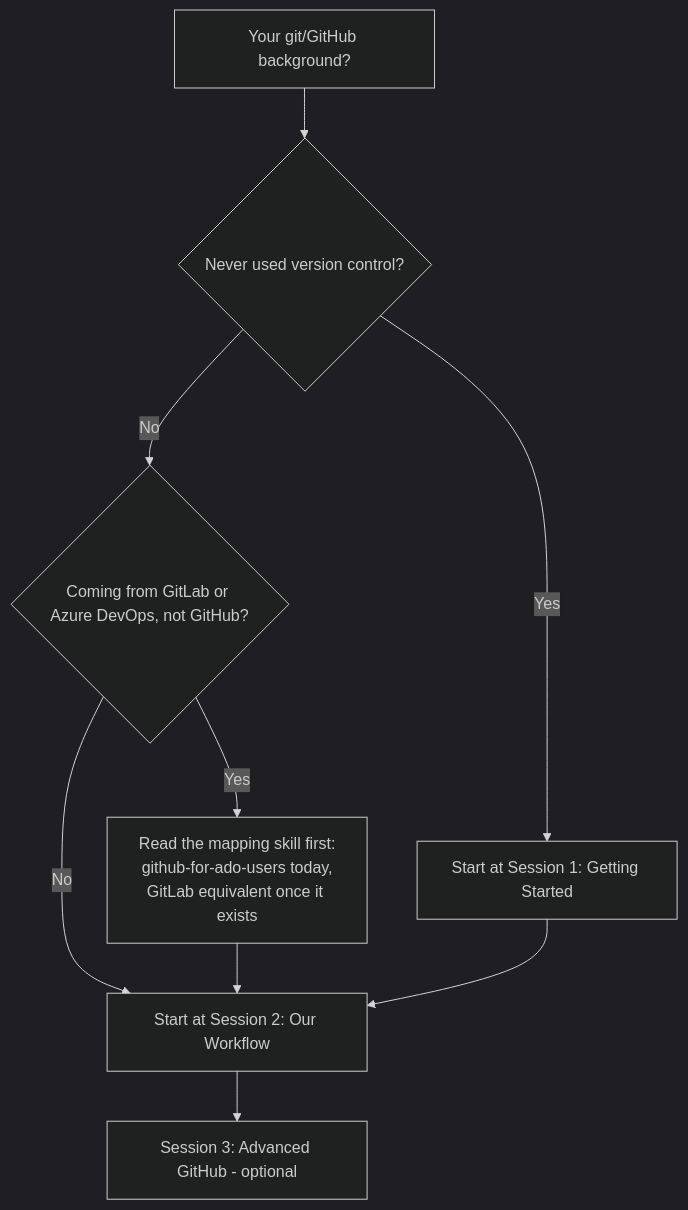
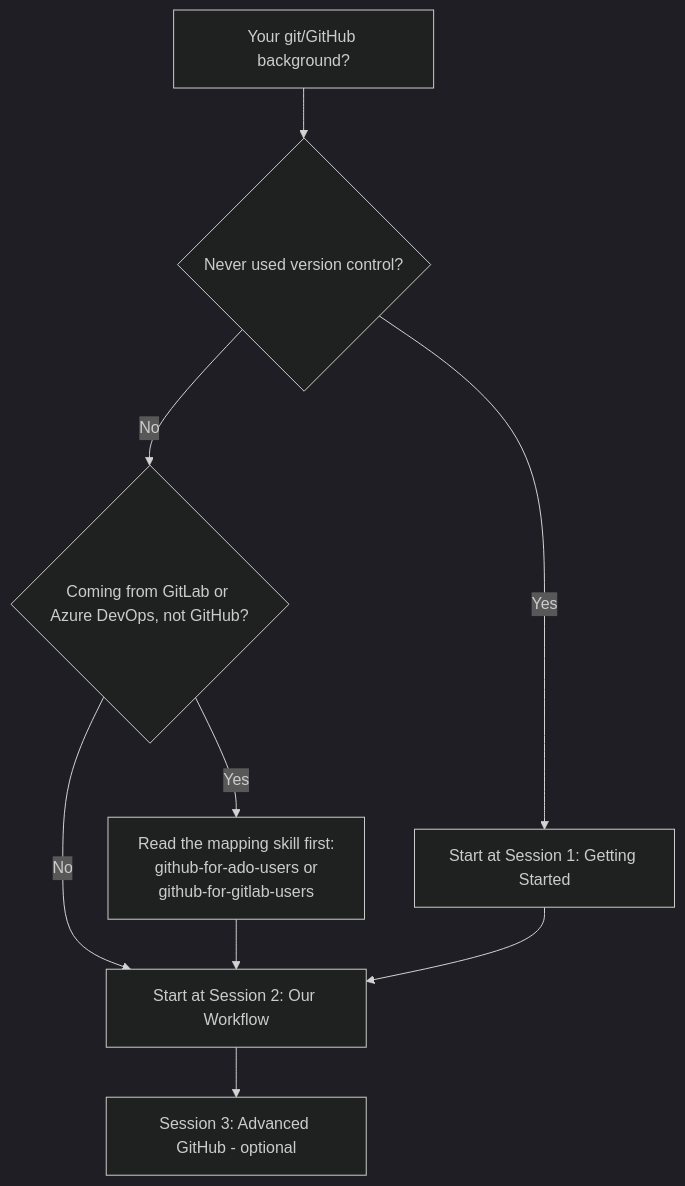
One commit to JeanKadang/DOC-GitHub-Practice-Skills changed the first of 2 diagrams in education/README.md. Above: the diagram before and after it, drawn with Mermaid (dark theme). The commit also changed other lines of this file and 5 other files, not shown here.

````diff
--- a/education/README.md
+++ b/education/README.md
@@ -17,11 +17,11 @@
 ```mermaid
 flowchart TD
     Start[Your git/GitHub background?] --> Q1{Never used version control?}
     Q1 -- Yes --> S1[Start at Session 1: Getting Started]
     Q1 -- No --> Q2{Coming from GitLab or Azure DevOps, not GitHub?}
-    Q2 -- Yes --> Pre[Read the mapping skill first:<br/>github-for-ado-users today,<br/>GitLab equivalent once it exists]
+    Q2 -- Yes --> Pre[Read the mapping skill first:<br/>github-for-ado-users or<br/>github-for-gitlab-users]
     Q2 -- No --> S2[Start at Session 2: Our Workflow]
     Pre --> S2
     S1 --> S2
     S2 --> S3[Session 3: Advanced GitHub - optional]
 ```
````
